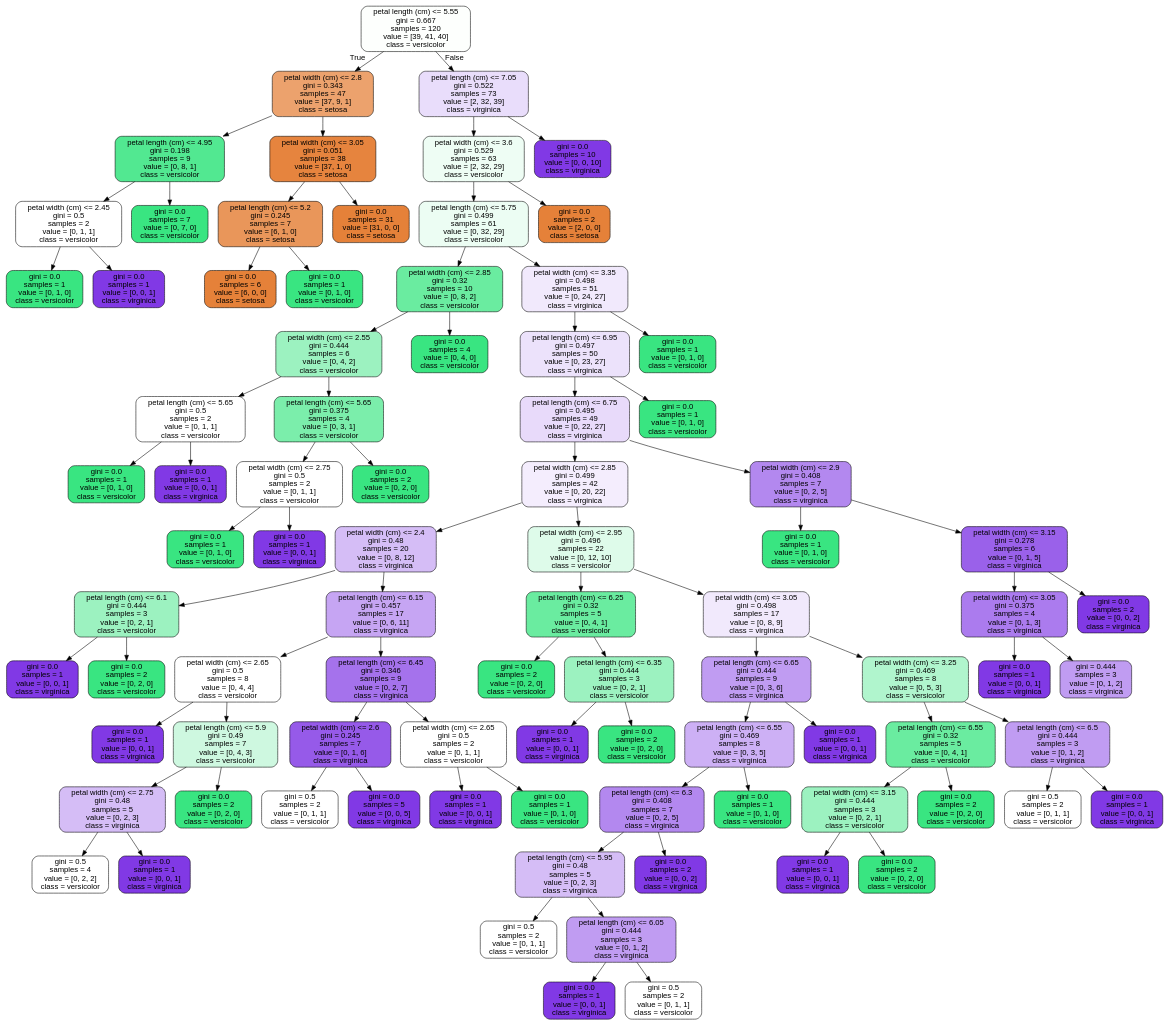
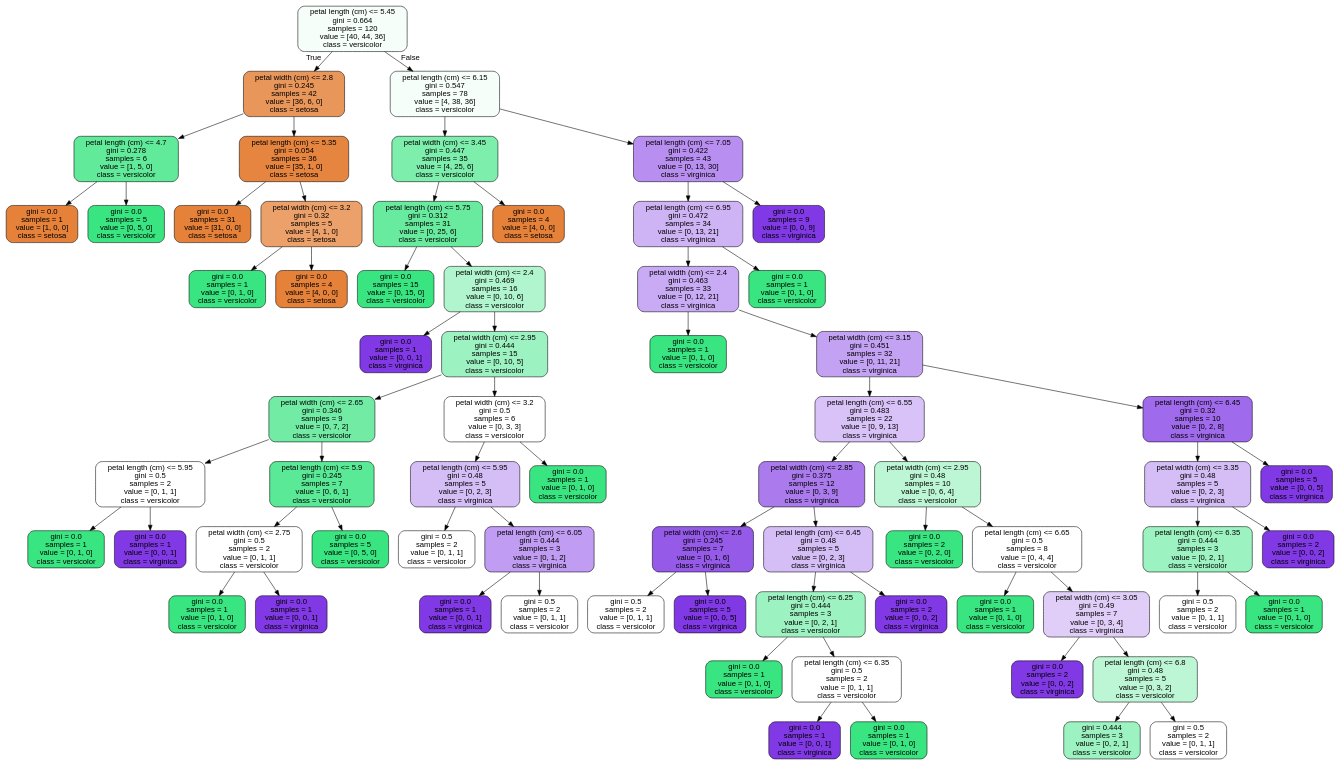
The diagram in images/decision_trees/iris_tree_train.dot (JoseDeJesusMendozaBecerril/Practica4_MineriaDeDatos), drawn with Graphviz before and after one commit. The commit also changed 8 other files, not shown here.

```diff
--- a/images/decision_trees/iris_tree_train.dot
+++ b/images/decision_trees/iris_tree_train.dot
@@ -1,177 +1,141 @@
 digraph Tree {
 node [shape=box, style="filled, rounded", color="black", fontname=helvetica] ;
 edge [fontname=helvetica] ;
-0 [label="petal length (cm) <= 5.55\ngini = 0.667\nsamples = 120\nvalue = [39, 41, 40]\nclass = versicolor", fillcolor="#fdfffd"] ;
-1 [label="petal width (cm) <= 2.8\ngini = 0.343\nsamples = 47\nvalue = [37, 9, 1]\nclass = setosa", fillcolor="#eca26d"] ;
+0 [label="petal length (cm) <= 5.45\ngini = 0.664\nsamples = 120\nvalue = [40, 44, 36]\nclass = versicolor", fillcolor="#f5fef9"] ;
+1 [label="petal width (cm) <= 2.8\ngini = 0.245\nsamples = 42\nvalue = [36, 6, 0]\nclass = setosa", fillcolor="#e9965a"] ;
 0 -> 1 [labeldistance=2.5, labelangle=45, headlabel="True"] ;
-2 [label="petal length (cm) <= 4.95\ngini = 0.198\nsamples = 9\nvalue = [0, 8, 1]\nclass = versicolor", fillcolor="#52e891"] ;
+2 [label="petal length (cm) <= 4.7\ngini = 0.278\nsamples = 6\nvalue = [1, 5, 0]\nclass = versicolor", fillcolor="#61ea9a"] ;
 1 -> 2 ;
-3 [label="petal width (cm) <= 2.45\ngini = 0.5\nsamples = 2\nvalue = [0, 1, 1]\nclass = versicolor", fillcolor="#ffffff"] ;
+3 [label="gini = 0.0\nsamples = 1\nvalue = [1, 0, 0]\nclass = setosa", fillcolor="#e58139"] ;
 2 -> 3 ;
-4 [label="gini = 0.0\nsamples = 1\nvalue = [0, 1, 0]\nclass = versicolor", fillcolor="#39e581"] ;
-3 -> 4 ;
-5 [label="gini = 0.0\nsamples = 1\nvalue = [0, 0, 1]\nclass = virginica", fillcolor="#8139e5"] ;
-3 -> 5 ;
-6 [label="gini = 0.0\nsamples = 7\nvalue = [0, 7, 0]\nclass = versicolor", fillcolor="#39e581"] ;
-2 -> 6 ;
-7 [label="petal width (cm) <= 3.05\ngini = 0.051\nsamples = 38\nvalue = [37, 1, 0]\nclass = setosa", fillcolor="#e6843e"] ;
-1 -> 7 ;
-8 [label="petal length (cm) <= 5.2\ngini = 0.245\nsamples = 7\nvalue = [6, 1, 0]\nclass = setosa", fillcolor="#e9965a"] ;
+4 [label="gini = 0.0\nsamples = 5\nvalue = [0, 5, 0]\nclass = versicolor", fillcolor="#39e581"] ;
+2 -> 4 ;
+5 [label="petal length (cm) <= 5.35\ngini = 0.054\nsamples = 36\nvalue = [35, 1, 0]\nclass = setosa", fillcolor="#e6853f"] ;
+1 -> 5 ;
+6 [label="gini = 0.0\nsamples = 31\nvalue = [31, 0, 0]\nclass = setosa", fillcolor="#e58139"] ;
+5 -> 6 ;
+7 [label="petal width (cm) <= 3.2\ngini = 0.32\nsamples = 5\nvalue = [4, 1, 0]\nclass = setosa", fillcolor="#eca06a"] ;
+5 -> 7 ;
+8 [label="gini = 0.0\nsamples = 1\nvalue = [0, 1, 0]\nclass = versicolor", fillcolor="#39e581"] ;
 7 -> 8 ;
-9 [label="gini = 0.0\nsamples = 6\nvalue = [6, 0, 0]\nclass = setosa", fillcolor="#e58139"] ;
-8 -> 9 ;
-10 [label="gini = 0.0\nsamples = 1\nvalue = [0, 1, 0]\nclass = versicolor", fillcolor="#39e581"] ;
-8 -> 10 ;
-11 [label="gini = 0.0\nsamples = 31\nvalue = [31, 0, 0]\nclass = setosa", fillcolor="#e58139"] ;
-7 -> 11 ;
-12 [label="petal length (cm) <= 7.05\ngini = 0.522\nsamples = 73\nvalue = [2, 32, 39]\nclass = virginica", fillcolor="#e9ddfb"] ;
-0 -> 12 [labeldistance=2.5, labelangle=-45, headlabel="False"] ;
-13 [label="petal width (cm) <= 3.6\ngini = 0.529\nsamples = 63\nvalue = [2, 32, 29]\nclass = versicolor", fillcolor="#eefdf4"] ;
+9 [label="gini = 0.0\nsamples = 4\nvalue = [4, 0, 0]\nclass = setosa", fillcolor="#e58139"] ;
+7 -> 9 ;
+10 [label="petal length (cm) <= 6.15\ngini = 0.547\nsamples = 78\nvalue = [4, 38, 36]\nclass = versicolor", fillcolor="#f6fef9"] ;
+0 -> 10 [labeldistance=2.5, labelangle=-45, headlabel="False"] ;
+11 [label="petal width (cm) <= 3.45\ngini = 0.447\nsamples = 35\nvalue = [4, 25, 6]\nclass = versicolor", fillcolor="#7deeac"] ;
+10 -> 11 ;
+12 [label="petal length (cm) <= 5.75\ngini = 0.312\nsamples = 31\nvalue = [0, 25, 6]\nclass = versicolor", fillcolor="#69eb9f"] ;
+11 -> 12 ;
+13 [label="gini = 0.0\nsamples = 15\nvalue = [0, 15, 0]\nclass = versicolor", fillcolor="#39e581"] ;
 12 -> 13 ;
-14 [label="petal length (cm) <= 5.75\ngini = 0.499\nsamples = 61\nvalue = [0, 32, 29]\nclass = versicolor", fillcolor="#ecfdf3"] ;
-13 -> 14 ;
-15 [label="petal width (cm) <= 2.85\ngini = 0.32\nsamples = 10\nvalue = [0, 8, 2]\nclass = versicolor", fillcolor="#6aeca0"] ;
+14 [label="petal width (cm) <= 2.4\ngini = 0.469\nsamples = 16\nvalue = [0, 10, 6]\nclass = versicolor", fillcolor="#b0f5cd"] ;
+12 -> 14 ;
+15 [label="gini = 0.0\nsamples = 1\nvalue = [0, 0, 1]\nclass = virginica", fillcolor="#8139e5"] ;
 14 -> 15 ;
-16 [label="petal width (cm) <= 2.55\ngini = 0.444\nsamples = 6\nvalue = [0, 4, 2]\nclass = versicolor", fillcolor="#9cf2c0"] ;
-15 -> 16 ;
-17 [label="petal length (cm) <= 5.65\ngini = 0.5\nsamples = 2\nvalue = [0, 1, 1]\nclass = versicolor", fillcolor="#ffffff"] ;
+16 [label="petal width (cm) <= 2.95\ngini = 0.444\nsamples = 15\nvalue = [0, 10, 5]\nclass = versicolor", fillcolor="#9cf2c0"] ;
+14 -> 16 ;
+17 [label="petal width (cm) <= 2.65\ngini = 0.346\nsamples = 9\nvalue = [0, 7, 2]\nclass = versicolor", fillcolor="#72eca5"] ;
 16 -> 17 ;
-18 [label="gini = 0.0\nsamples = 1\nvalue = [0, 1, 0]\nclass = versicolor", fillcolor="#39e581"] ;
+18 [label="petal length (cm) <= 5.95\ngini = 0.5\nsamples = 2\nvalue = [0, 1, 1]\nclass = versicolor", fillcolor="#ffffff"] ;
 17 -> 18 ;
-19 [label="gini = 0.0\nsamples = 1\nvalue = [0, 0, 1]\nclass = virginica", fillcolor="#8139e5"] ;
-17 -> 19 ;
-20 [label="petal length (cm) <= 5.65\ngini = 0.375\nsamples = 4\nvalue = [0, 3, 1]\nclass = versicolor", fillcolor="#7beeab"] ;
-16 -> 20 ;
-21 [label="petal width (cm) <= 2.75\ngini = 0.5\nsamples = 2\nvalue = [0, 1, 1]\nclass = versicolor", fillcolor="#ffffff"] ;
-20 -> 21 ;
-22 [label="gini = 0.0\nsamples = 1\nvalue = [0, 1, 0]\nclass = versicolor", fillcolor="#39e581"] ;
+19 [label="gini = 0.0\nsamples = 1\nvalue = [0, 1, 0]\nclass = versicolor", fillcolor="#39e581"] ;
+18 -> 19 ;
+20 [label="gini = 0.0\nsamples = 1\nvalue = [0, 0, 1]\nclass = virginica", fillcolor="#8139e5"] ;
+18 -> 20 ;
+21 [label="petal length (cm) <= 5.9\ngini = 0.245\nsamples = 7\nvalue = [0, 6, 1]\nclass = versicolor", fillcolor="#5ae996"] ;
+17 -> 21 ;
+22 [label="petal width (cm) <= 2.75\ngini = 0.5\nsamples = 2\nvalue = [0, 1, 1]\nclass = versicolor", fillcolor="#ffffff"] ;
 21 -> 22 ;
-23 [label="gini = 0.0\nsamples = 1\nvalue = [0, 0, 1]\nclass = virginica", fillcolor="#8139e5"] ;
-21 -> 23 ;
-24 [label="gini = 0.0\nsamples = 2\nvalue = [0, 2, 0]\nclass = versicolor", fillcolor="#39e581"] ;
-20 -> 24 ;
-25 [label="gini = 0.0\nsamples = 4\nvalue = [0, 4, 0]\nclass = versicolor", fillcolor="#39e581"] ;
-15 -> 25 ;
-26 [label="petal width (cm) <= 3.35\ngini = 0.498\nsamples = 51\nvalue = [0, 24, 27]\nclass = virginica", fillcolor="#f1e9fc"] ;
-14 -> 26 ;
-27 [label="petal length (cm) <= 6.95\ngini = 0.497\nsamples = 50\nvalue = [0, 23, 27]\nclass = virginica", fillcolor="#ece2fb"] ;
+23 [label="gini = 0.0\nsamples = 1\nvalue = [0, 1, 0]\nclass = versicolor", fillcolor="#39e581"] ;
+22 -> 23 ;
+24 [label="gini = 0.0\nsamples = 1\nvalue = [0, 0, 1]\nclass = virginica", fillcolor="#8139e5"] ;
+22 -> 24 ;
+25 [label="gini = 0.0\nsamples = 5\nvalue = [0, 5, 0]\nclass = versicolor", fillcolor="#39e581"] ;
+21 -> 25 ;
+26 [label="petal width (cm) <= 3.2\ngini = 0.5\nsamples = 6\nvalue = [0, 3, 3]\nclass = versicolor", fillcolor="#ffffff"] ;
+16 -> 26 ;
+27 [label="petal length (cm) <= 5.95\ngini = 0.48\nsamples = 5\nvalue = [0, 2, 3]\nclass = virginica", fillcolor="#d5bdf6"] ;
 26 -> 27 ;
-28 [label="petal length (cm) <= 6.75\ngini = 0.495\nsamples = 49\nvalue = [0, 22, 27]\nclass = virginica", fillcolor="#e8dafa"] ;
+28 [label="gini = 0.5\nsamples = 2\nvalue = [0, 1, 1]\nclass = versicolor", fillcolor="#ffffff"] ;
 27 -> 28 ;
-29 [label="petal width (cm) <= 2.85\ngini = 0.499\nsamples = 42\nvalue = [0, 20, 22]\nclass = virginica", fillcolor="#f4edfd"] ;
-28 -> 29 ;
-30 [label="petal width (cm) <= 2.4\ngini = 0.48\nsamples = 20\nvalue = [0, 8, 12]\nclass = virginica", fillcolor="#d5bdf6"] ;
+29 [label="petal length (cm) <= 6.05\ngini = 0.444\nsamples = 3\nvalue = [0, 1, 2]\nclass = virginica", fillcolor="#c09cf2"] ;
+27 -> 29 ;
+30 [label="gini = 0.0\nsamples = 1\nvalue = [0, 0, 1]\nclass = virginica", fillcolor="#8139e5"] ;
 29 -> 30 ;
-31 [label="petal length (cm) <= 6.1\ngini = 0.444\nsamples = 3\nvalue = [0, 2, 1]\nclass = versicolor", fillcolor="#9cf2c0"] ;
-30 -> 31 ;
-32 [label="gini = 0.0\nsamples = 1\nvalue = [0, 0, 1]\nclass = virginica", fillcolor="#8139e5"] ;
-31 -> 32 ;
-33 [label="gini = 0.0\nsamples = 2\nvalue = [0, 2, 0]\nclass = versicolor", fillcolor="#39e581"] ;
-31 -> 33 ;
-34 [label="petal length (cm) <= 6.15\ngini = 0.457\nsamples = 17\nvalue = [0, 6, 11]\nclass = virginica", fillcolor="#c6a5f3"] ;
-30 -> 34 ;
-35 [label="petal width (cm) <= 2.65\ngini = 0.5\nsamples = 8\nvalue = [0, 4, 4]\nclass = versicolor", fillcolor="#ffffff"] ;
+31 [label="gini = 0.5\nsamples = 2\nvalue = [0, 1, 1]\nclass = versicolor", fillcolor="#ffffff"] ;
+29 -> 31 ;
+32 [label="gini = 0.0\nsamples = 1\nvalue = [0, 1, 0]\nclass = versicolor", fillcolor="#39e581"] ;
+26 -> 32 ;
+33 [label="gini = 0.0\nsamples = 4\nvalue = [4, 0, 0]\nclass = setosa", fillcolor="#e58139"] ;
+11 -> 33 ;
+34 [label="petal length (cm) <= 7.05\ngini = 0.422\nsamples = 43\nvalue = [0, 13, 30]\nclass = virginica", fillcolor="#b88ff0"] ;
+10 -> 34 ;
+35 [label="petal length (cm) <= 6.95\ngini = 0.472\nsamples = 34\nvalue = [0, 13, 21]\nclass = virginica", fillcolor="#cfb4f5"] ;
 34 -> 35 ;
-36 [label="gini = 0.0\nsamples = 1\nvalue = [0, 0, 1]\nclass = virginica", fillcolor="#8139e5"] ;
+36 [label="petal width (cm) <= 2.4\ngini = 0.463\nsamples = 33\nvalue = [0, 12, 21]\nclass = virginica", fillcolor="#c9aaf4"] ;
 35 -> 36 ;
-37 [label="petal length (cm) <= 5.9\ngini = 0.49\nsamples = 7\nvalue = [0, 4, 3]\nclass = versicolor", fillcolor="#cef8e0"] ;
-35 -> 37 ;
-38 [label="petal width (cm) <= 2.75\ngini = 0.48\nsamples = 5\nvalue = [0, 2, 3]\nclass = virginica", fillcolor="#d5bdf6"] ;
-37 -> 38 ;
-39 [label="gini = 0.5\nsamples = 4\nvalue = [0, 2, 2]\nclass = versicolor", fillcolor="#ffffff"] ;
+37 [label="gini = 0.0\nsamples = 1\nvalue = [0, 1, 0]\nclass = versicolor", fillcolor="#39e581"] ;
+36 -> 37 ;
+38 [label="petal width (cm) <= 3.15\ngini = 0.451\nsamples = 32\nvalue = [0, 11, 21]\nclass = virginica", fillcolor="#c3a1f3"] ;
+36 -> 38 ;
+39 [label="petal length (cm) <= 6.55\ngini = 0.483\nsamples = 22\nvalue = [0, 9, 13]\nclass = virginica", fillcolor="#d8c2f7"] ;
 38 -> 39 ;
-40 [label="gini = 0.0\nsamples = 1\nvalue = [0, 0, 1]\nclass = virginica", fillcolor="#8139e5"] ;
-38 -> 40 ;
-41 [label="gini = 0.0\nsamples = 2\nvalue = [0, 2, 0]\nclass = versicolor", fillcolor="#39e581"] ;
-37 -> 41 ;
-42 [label="petal length (cm) <= 6.45\ngini = 0.346\nsamples = 9\nvalue = [0, 2, 7]\nclass = virginica", fillcolor="#a572ec"] ;
-34 -> 42 ;
-43 [label="petal width (cm) <= 2.6\ngini = 0.245\nsamples = 7\nvalue = [0, 1, 6]\nclass = virginica", fillcolor="#965ae9"] ;
-42 -> 43 ;
-44 [label="gini = 0.5\nsamples = 2\nvalue = [0, 1, 1]\nclass = versicolor", fillcolor="#ffffff"] ;
-43 -> 44 ;
-45 [label="gini = 0.0\nsamples = 5\nvalue = [0, 0, 5]\nclass = virginica", fillcolor="#8139e5"] ;
-43 -> 45 ;
-46 [label="petal width (cm) <= 2.65\ngini = 0.5\nsamples = 2\nvalue = [0, 1, 1]\nclass = versicolor", fillcolor="#ffffff"] ;
-42 -> 46 ;
-47 [label="gini = 0.0\nsamples = 1\nvalue = [0, 0, 1]\nclass = virginica", fillcolor="#8139e5"] ;
-46 -> 47 ;
-48 [label="gini = 0.0\nsamples = 1\nvalue = [0, 1, 0]\nclass = versicolor", fillcolor="#39e581"] ;
-46 -> 48 ;
-49 [label="petal width (cm) <= 2.95\ngini = 0.496\nsamples = 22\nvalue = [0, 12, 10]\nclass = versicolor", fillcolor="#defbea"] ;
-29 -> 49 ;
-50 [label="petal length (cm) <= 6.25\ngini = 0.32\nsamples = 5\nvalue = [0, 4, 1]\nclass = versicolor", fillcolor="#6aeca0"] ;
-49 -> 50 ;
-51 [label="gini = 0.0\nsamples = 2\nvalue = [0, 2, 0]\nclass = versicolor", fillcolor="#39e581"] ;
-50 -> 51 ;
-52 [label="petal length (cm) <= 6.35\ngini = 0.444\nsamples = 3\nvalue = [0, 2, 1]\nclass = versicolor", fillcolor="#9cf2c0"] ;
-50 -> 52 ;
-53 [label="gini = 0.0\nsamples = 1\nvalue = [0, 0, 1]\nclass = virginica", fillcolor="#8139e5"] ;
-52 -> 53 ;
-54 [label="gini = 0.0\nsamples = 2\nvalue = [0, 2, 0]\nclass = versicolor", fillcolor="#39e581"] ;
-52 -> 54 ;
-55 [label="petal width (cm) <= 3.05\ngini = 0.498\nsamples = 17\nvalue = [0, 8, 9]\nclass = virginica", fillcolor="#f1e9fc"] ;
-49 -> 55 ;
-56 [label="petal length (cm) <= 6.65\ngini = 0.444\nsamples = 9\nvalue = [0, 3, 6]\nclass = virginica", fillcolor="#c09cf2"] ;
+40 [label="petal width (cm) <= 2.85\ngini = 0.375\nsamples = 12\nvalue = [0, 3, 9]\nclass = virginica", fillcolor="#ab7bee"] ;
+39 -> 40 ;
+41 [label="petal width (cm) <= 2.6\ngini = 0.245\nsamples = 7\nvalue = [0, 1, 6]\nclass = virginica", fillcolor="#965ae9"] ;
+40 -> 41 ;
+42 [label="gini = 0.5\nsamples = 2\nvalue = [0, 1, 1]\nclass = versicolor", fillcolor="#ffffff"] ;
+41 -> 42 ;
+43 [label="gini = 0.0\nsamples = 5\nvalue = [0, 0, 5]\nclass = virginica", fillcolor="#8139e5"] ;
+41 -> 43 ;
+44 [label="petal length (cm) <= 6.45\ngini = 0.48\nsamples = 5\nvalue = [0, 2, 3]\nclass = virginica", fillcolor="#d5bdf6"] ;
+40 -> 44 ;
+45 [label="petal length (cm) <= 6.25\ngini = 0.444\nsamples = 3\nvalue = [0, 2, 1]\nclass = versicolor", fillcolor="#9cf2c0"] ;
+44 -> 45 ;
+46 [label="gini = 0.0\nsamples = 1\nvalue = [0, 1, 0]\nclass = versicolor", fillcolor="#39e581"] ;
+45 -> 46 ;
+47 [label="petal length (cm) <= 6.35\ngini = 0.5\nsamples = 2\nvalue = [0, 1, 1]\nclass = versicolor", fillcolor="#ffffff"] ;
+45 -> 47 ;
+48 [label="gini = 0.0\nsamples = 1\nvalue = [0, 0, 1]\nclass = virginica", fillcolor="#8139e5"] ;
+47 -> 48 ;
+49 [label="gini = 0.0\nsamples = 1\nvalue = [0, 1, 0]\nclass = versicolor", fillcolor="#39e581"] ;
+47 -> 49 ;
+50 [label="gini = 0.0\nsamples = 2\nvalue = [0, 0, 2]\nclass = virginica", fillcolor="#8139e5"] ;
+44 -> 50 ;
+51 [label="petal width (cm) <= 2.95\ngini = 0.48\nsamples = 10\nvalue = [0, 6, 4]\nclass = versicolor", fillcolor="#bdf6d5"] ;
+39 -> 51 ;
+52 [label="gini = 0.0\nsamples = 2\nvalue = [0, 2, 0]\nclass = versicolor", fillcolor="#39e581"] ;
+51 -> 52 ;
+53 [label="petal length (cm) <= 6.65\ngini = 0.5\nsamples = 8\nvalue = [0, 4, 4]\nclass = versicolor", fillcolor="#ffffff"] ;
+51 -> 53 ;
+54 [label="gini = 0.0\nsamples = 1\nvalue = [0, 1, 0]\nclass = versicolor", fillcolor="#39e581"] ;
+53 -> 54 ;
+55 [label="petal width (cm) <= 3.05\ngini = 0.49\nsamples = 7\nvalue = [0, 3, 4]\nclass = virginica", fillcolor="#e0cef8"] ;
+53 -> 55 ;
+56 [label="gini = 0.0\nsamples = 2\nvalue = [0, 0, 2]\nclass = virginica", fillcolor="#8139e5"] ;
 55 -> 56 ;
-57 [label="petal length (cm) <= 6.55\ngini = 0.469\nsamples = 8\nvalue = [0, 3, 5]\nclass = virginica", fillcolor="#cdb0f5"] ;
-56 -> 57 ;
-58 [label="petal length (cm) <= 6.3\ngini = 0.408\nsamples = 7\nvalue = [0, 2, 5]\nclass = virginica", fillcolor="#b388ef"] ;
+57 [label="petal length (cm) <= 6.8\ngini = 0.48\nsamples = 5\nvalue = [0, 3, 2]\nclass = versicolor", fillcolor="#bdf6d5"] ;
+55 -> 57 ;
+58 [label="gini = 0.444\nsamples = 3\nvalue = [0, 2, 1]\nclass = versicolor", fillcolor="#9cf2c0"] ;
 57 -> 58 ;
-59 [label="petal length (cm) <= 5.95\ngini = 0.48\nsamples = 5\nvalue = [0, 2, 3]\nclass = virginica", fillcolor="#d5bdf6"] ;
-58 -> 59 ;
-60 [label="gini = 0.5\nsamples = 2\nvalue = [0, 1, 1]\nclass = versicolor", fillcolor="#ffffff"] ;
-59 -> 60 ;
-61 [label="petal length (cm) <= 6.05\ngini = 0.444\nsamples = 3\nvalue = [0, 1, 2]\nclass = virginica", fillcolor="#c09cf2"] ;
-59 -> 61 ;
-62 [label="gini = 0.0\nsamples = 1\nvalue = [0, 0, 1]\nclass = virginica", fillcolor="#8139e5"] ;
+59 [label="gini = 0.5\nsamples = 2\nvalue = [0, 1, 1]\nclass = versicolor", fillcolor="#ffffff"] ;
+57 -> 59 ;
+60 [label="petal length (cm) <= 6.45\ngini = 0.32\nsamples = 10\nvalue = [0, 2, 8]\nclass = virginica", fillcolor="#a06aec"] ;
+38 -> 60 ;
+61 [label="petal width (cm) <= 3.35\ngini = 0.48\nsamples = 5\nvalue = [0, 2, 3]\nclass = virginica", fillcolor="#d5bdf6"] ;
+60 -> 61 ;
+62 [label="petal length (cm) <= 6.35\ngini = 0.444\nsamples = 3\nvalue = [0, 2, 1]\nclass = versicolor", fillcolor="#9cf2c0"] ;
 61 -> 62 ;
 63 [label="gini = 0.5\nsamples = 2\nvalue = [0, 1, 1]\nclass = versicolor", fillcolor="#ffffff"] ;
-61 -> 63 ;
-64 [label="gini = 0.0\nsamples = 2\nvalue = [0, 0, 2]\nclass = virginica", fillcolor="#8139e5"] ;
-58 -> 64 ;
-65 [label="gini = 0.0\nsamples = 1\nvalue = [0, 1, 0]\nclass = versicolor", fillcolor="#39e581"] ;
-57 -> 65 ;
-66 [label="gini = 0.0\nsamples = 1\nvalue = [0, 0, 1]\nclass = virginica", fillcolor="#8139e5"] ;
-56 -> 66 ;
-67 [label="petal width (cm) <= 3.25\ngini = 0.469\nsamples = 8\nvalue = [0, 5, 3]\nclass = versicolor", fillcolor="#b0f5cd"] ;
-55 -> 67 ;
-68 [label="petal length (cm) <= 6.55\ngini = 0.32\nsamples = 5\nvalue = [0, 4, 1]\nclass = versicolor", fillcolor="#6aeca0"] ;
-67 -> 68 ;
-69 [label="petal width (cm) <= 3.15\ngini = 0.444\nsamples = 3\nvalue = [0, 2, 1]\nclass = versicolor", fillcolor="#9cf2c0"] ;
-68 -> 69 ;
-70 [label="gini = 0.0\nsamples = 1\nvalue = [0, 0, 1]\nclass = virginica", fillcolor="#8139e5"] ;
-69 -> 70 ;
-71 [label="gini = 0.0\nsamples = 2\nvalue = [0, 2, 0]\nclass = versicolor", fillcolor="#39e581"] ;
-69 -> 71 ;
-72 [label="gini = 0.0\nsamples = 2\nvalue = [0, 2, 0]\nclass = versicolor", fillcolor="#39e581"] ;
-68 -> 72 ;
-73 [label="petal length (cm) <= 6.5\ngini = 0.444\nsamples = 3\nvalue = [0, 1, 2]\nclass = virginica", fillcolor="#c09cf2"] ;
-67 -> 73 ;
-74 [label="gini = 0.5\nsamples = 2\nvalue = [0, 1, 1]\nclass = versicolor", fillcolor="#ffffff"] ;
-73 -> 74 ;
-75 [label="gini = 0.0\nsamples = 1\nvalue = [0, 0, 1]\nclass = virginica", fillcolor="#8139e5"] ;
-73 -> 75 ;
-76 [label="petal width (cm) <= 2.9\ngini = 0.408\nsamples = 7\nvalue = [0, 2, 5]\nclass = virginica", fillcolor="#b388ef"] ;
-28 -> 76 ;
-77 [label="gini = 0.0\nsamples = 1\nvalue = [0, 1, 0]\nclass = versicolor", fillcolor="#39e581"] ;
-76 -> 77 ;
-78 [label="petal width (cm) <= 3.15\ngini = 0.278\nsamples = 6\nvalue = [0, 1, 5]\nclass = virginica", fillcolor="#9a61ea"] ;
-76 -> 78 ;
-79 [label="petal width (cm) <= 3.05\ngini = 0.375\nsamples = 4\nvalue = [0, 1, 3]\nclass = virginica", fillcolor="#ab7bee"] ;
-78 -> 79 ;
-80 [label="gini = 0.0\nsamples = 1\nvalue = [0, 0, 1]\nclass = virginica", fillcolor="#8139e5"] ;
-79 -> 80 ;
-81 [label="gini = 0.444\nsamples = 3\nvalue = [0, 1, 2]\nclass = virginica", fillcolor="#c09cf2"] ;
-79 -> 81 ;
-82 [label="gini = 0.0\nsamples = 2\nvalue = [0, 0, 2]\nclass = virginica", fillcolor="#8139e5"] ;
-78 -> 82 ;
-83 [label="gini = 0.0\nsamples = 1\nvalue = [0, 1, 0]\nclass = versicolor", fillcolor="#39e581"] ;
-27 -> 83 ;
-84 [label="gini = 0.0\nsamples = 1\nvalue = [0, 1, 0]\nclass = versicolor", fillcolor="#39e581"] ;
-26 -> 84 ;
-85 [label="gini = 0.0\nsamples = 2\nvalue = [2, 0, 0]\nclass = setosa", fillcolor="#e58139"] ;
-13 -> 85 ;
-86 [label="gini = 0.0\nsamples = 10\nvalue = [0, 0, 10]\nclass = virginica", fillcolor="#8139e5"] ;
-12 -> 86 ;
+62 -> 63 ;
+64 [label="gini = 0.0\nsamples = 1\nvalue = [0, 1, 0]\nclass = versicolor", fillcolor="#39e581"] ;
+62 -> 64 ;
+65 [label="gini = 0.0\nsamples = 2\nvalue = [0, 0, 2]\nclass = virginica", fillcolor="#8139e5"] ;
+61 -> 65 ;
+66 [label="gini = 0.0\nsamples = 5\nvalue = [0, 0, 5]\nclass = virginica", fillcolor="#8139e5"] ;
+60 -> 66 ;
+67 [label="gini = 0.0\nsamples = 1\nvalue = [0, 1, 0]\nclass = versicolor", fillcolor="#39e581"] ;
+35 -> 67 ;
+68 [label="gini = 0.0\nsamples = 9\nvalue = [0, 0, 9]\nclass = virginica", fillcolor="#8139e5"] ;
+34 -> 68 ;
 }
```
